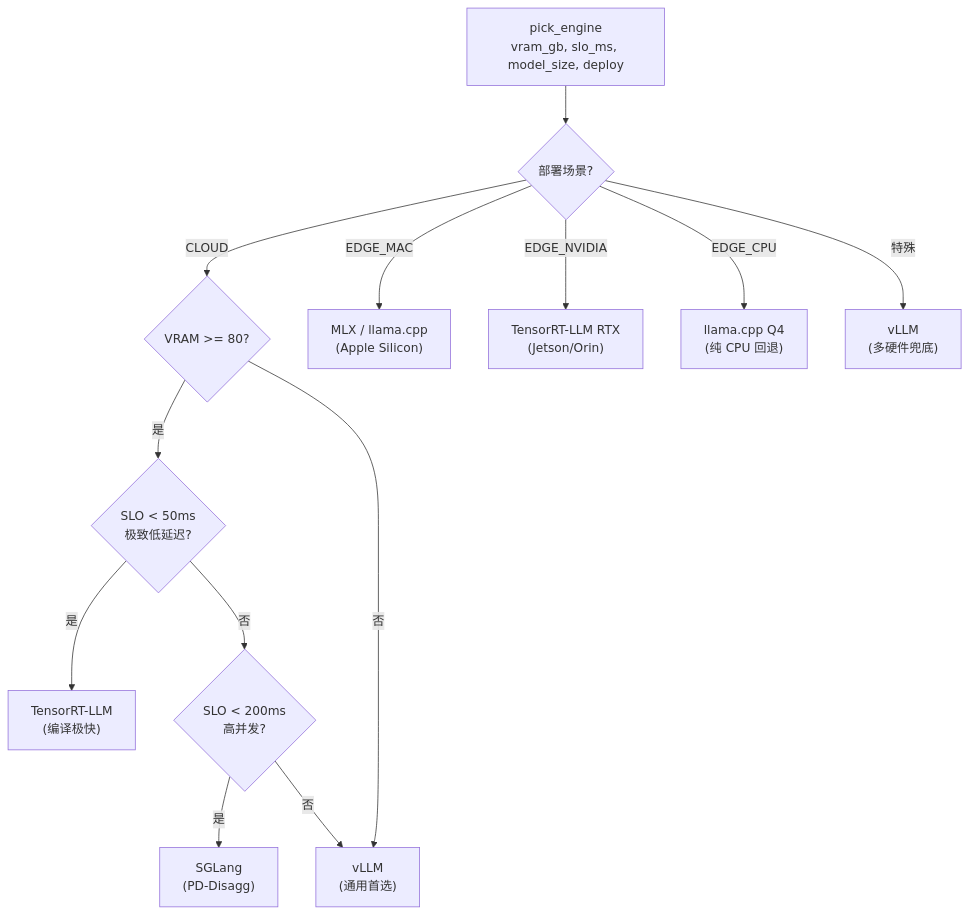
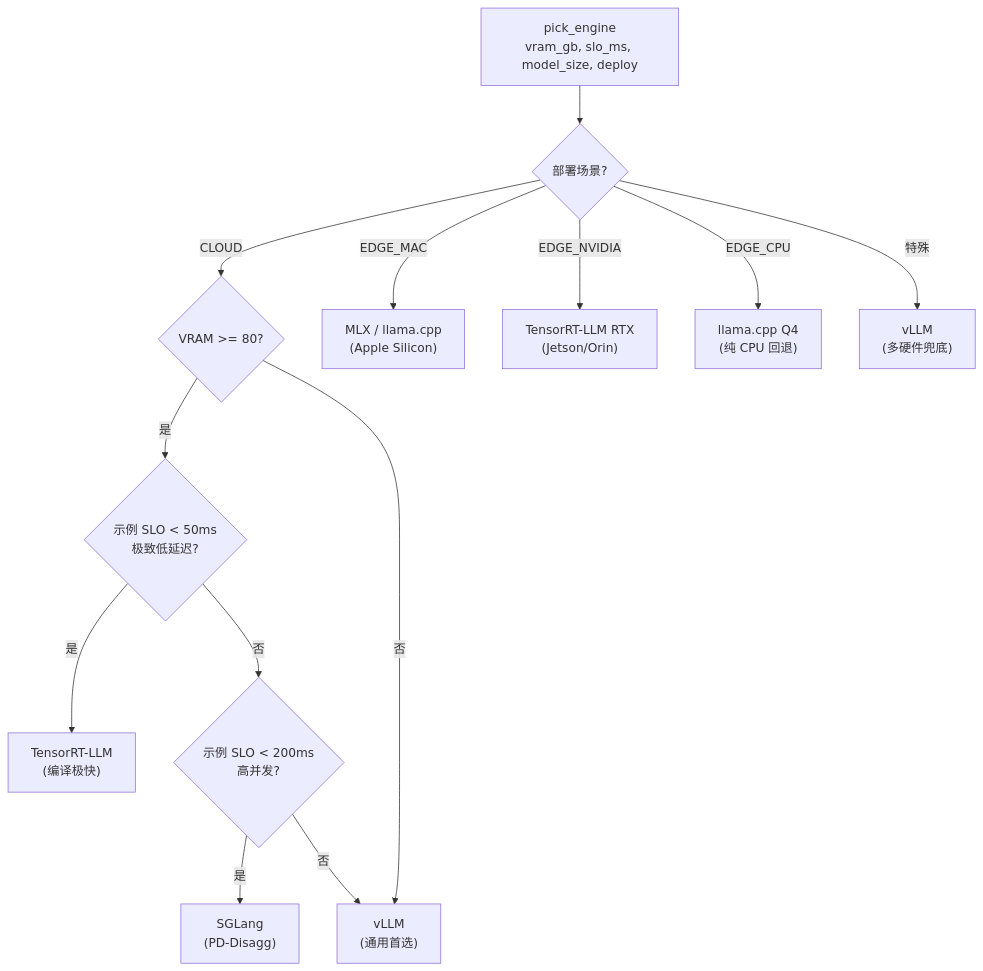
One commit to BeefWrap4/LLM-Knowledge-Base changed the tenth of 10 diagrams in 25_推理引擎与高性能服务.md. Above: the diagram before and after it, drawn with Mermaid. The commit also changed other lines of this file and 454 other files, not shown here.

````diff
--- a/25_推理引擎与高性能服务.md
+++ b/25_推理引擎与高性能服务.md
@@ -307,15 +330,15 @@
 ```mermaid
 graph TD
     Q["pick_engine<br/>vram_gb, slo_ms, model_size, deploy"] --> A{"部署场景?"}
     A -->|"CLOUD"| B{"VRAM >= 80?"}
-    B -->|"是"| C{"SLO < 50ms<br/>极致低延迟?"}
+    B -->|"是"| C{"示例 SLO < 50ms<br/>极致低延迟?"}
     C -->|"是"| R1["TensorRT-LLM<br/>(编译极快)"]
-    C -->|"否"| D{"SLO < 200ms<br/>高并发?"}
+    C -->|"否"| D{"示例 SLO < 200ms<br/>高并发?"}
     D -->|"是"| R2["SGLang<br/>(PD-Disagg)"]
     D -->|"否"| R3["vLLM<br/>(通用首选)"]
     B -->|"否"| R3
     A -->|"EDGE_MAC"| R4["MLX / llama.cpp<br/>(Apple Silicon)"]
     A -->|"EDGE_NVIDIA"| R5["TensorRT-LLM RTX<br/>(Jetson/Orin)"]
     A -->|"EDGE_CPU"| R6["llama.cpp Q4<br/>(纯 CPU 回退)"]
     A -->|"特殊"| R7["vLLM<br/>(多硬件兜底)"]
 ```
````
